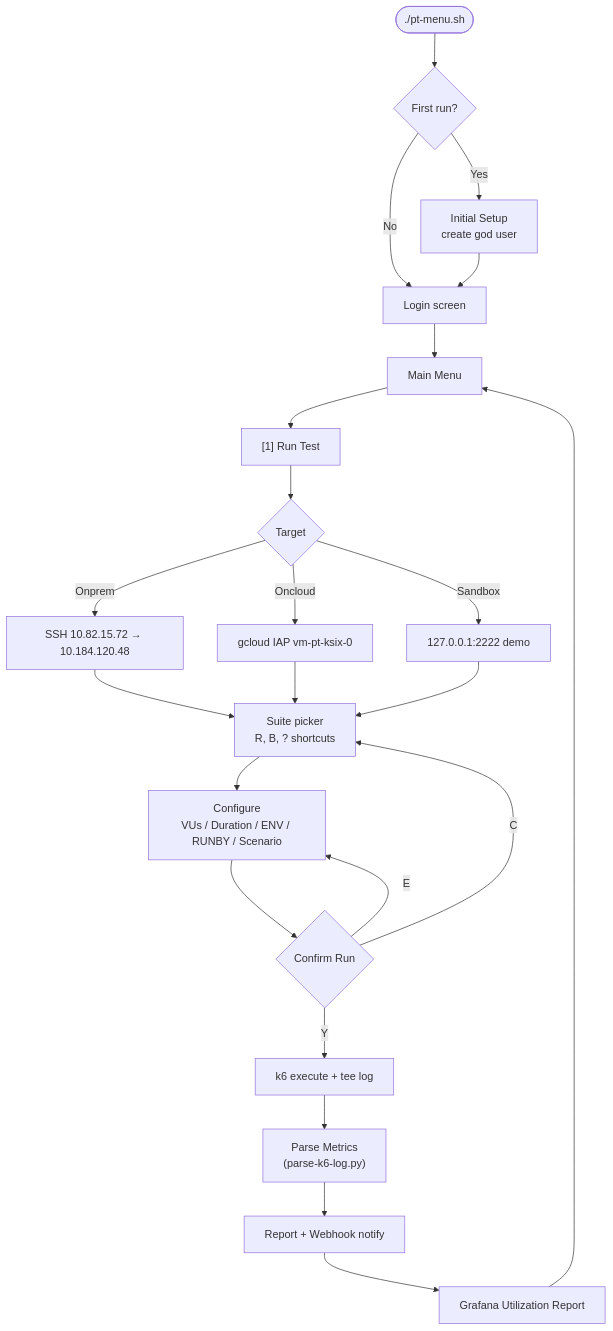
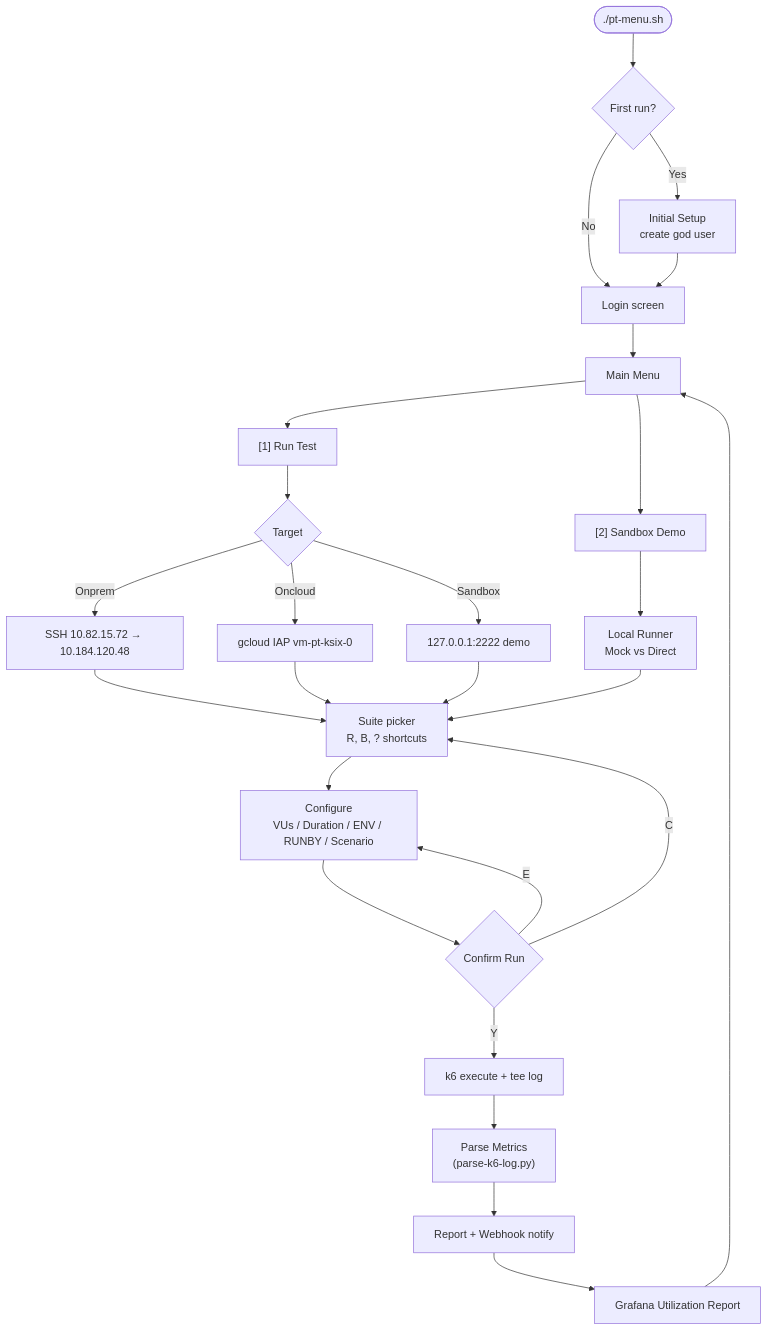
Before and after one commit to termaulmaul/growin_performancetest: the first of 2 diagrams in README.md, drawn with Mermaid.

Commit message:
docs: changelog hasil analisis dengan /codebaseanal

````diff
--- a/README.md
+++ b/README.md
@@ -116,30 +116,34 @@
 ```mermaid
 graph TD
     Start(["./pt-menu.sh"]) --> Auth{First run?}
     Auth -- Yes --> Bootstrap["Initial Setup<br/>create god user"]
     Auth -- No --> Login["Login screen"]
     Bootstrap --> Login
     Login --> Main["Main Menu"]
 
     Main --> M1["[1] Run Test"]
+    Main --> M2["[2] Sandbox Demo"]
     
     M1 --> T1{Target}
     T1 -- Onprem --> O1["SSH 10.82.15.72 → 10.184.120.48"]
     T1 -- Oncloud --> O2["gcloud IAP vm-pt-ksix-0"]
     T1 -- Sandbox --> O3["127.0.0.1:2222 demo"]
 
+    M2 --> SM["Local Runner<br/>Mock vs Direct"]
+
     O1 --> SP["Suite picker<br/>R, B, ? shortcuts"]
     O2 --> SP
     O3 --> SP
+    SM --> SP
 
     SP --> CFG["Configure<br/>VUs / Duration / ENV / RUNBY / Scenario"]
     CFG --> CR{Confirm Run}
     CR -- Y --> EXE["k6 execute + tee log"]
     CR -- E --> CFG
     CR -- C --> SP
 
     EXE --> Parse["Parse Metrics<br/>(parse-k6-log.py)"]
     Parse --> RPT["Report + Webhook notify"]
     RPT --> GRAF["Grafana Utilization Report"]
     GRAF --> Main
 ```
````
